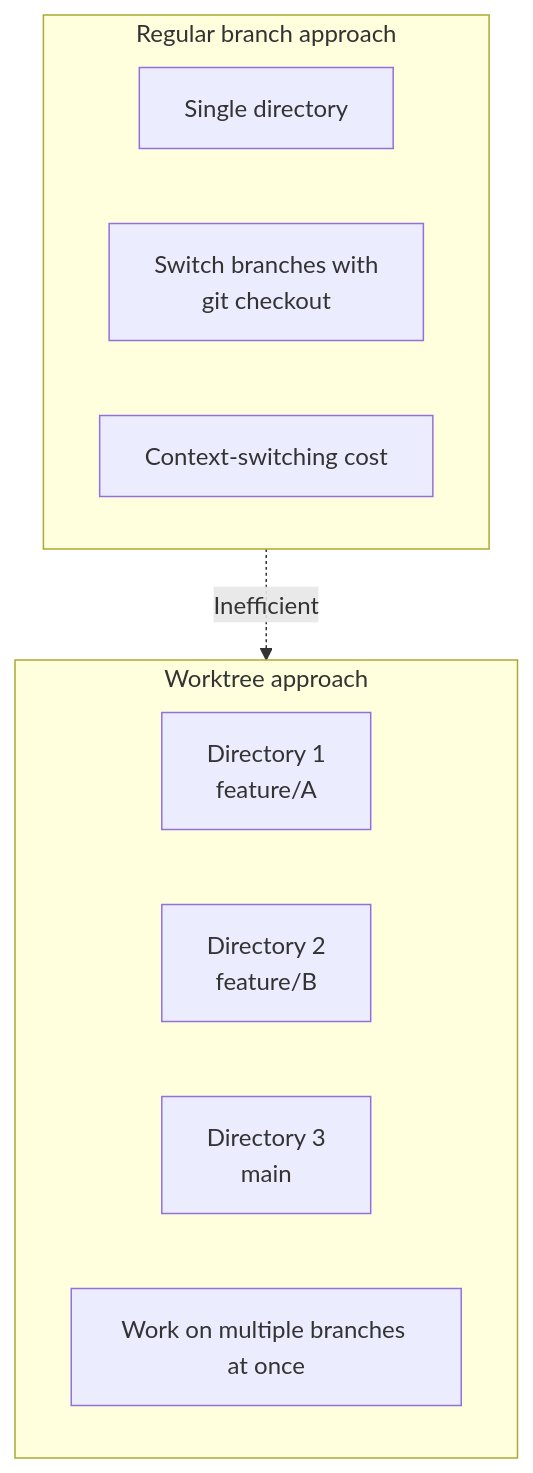
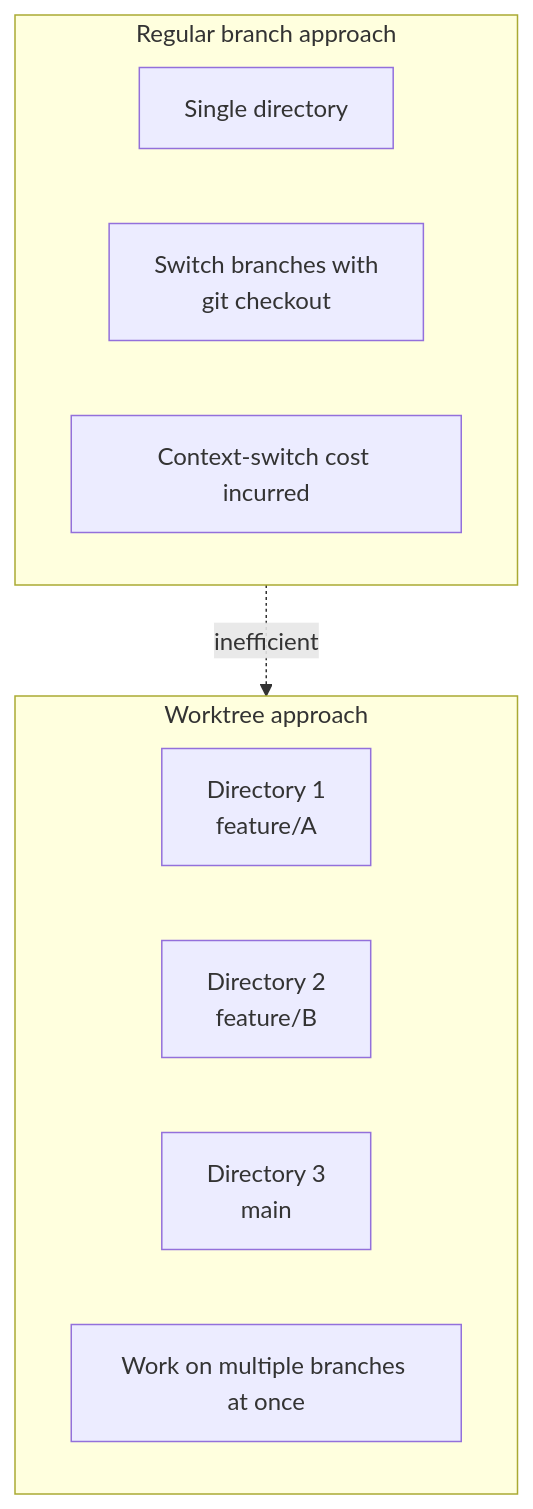
One commit to modu-ai/moai-adk changed the first of 9 diagrams in docs-site/content/en/worktree/faq.md. Above: the diagram before and after it, drawn with Mermaid. The commit also changed other lines of this file and 180 other files, not shown here.

````diff
--- a/docs-site/content/en/worktree/faq.md
+++ b/docs-site/content/en/worktree/faq.md
@@ -26,17 +25,17 @@
 ```mermaid
 graph TB
     subgraph Traditional["Regular branch approach"]
         T1[Single directory]
         T2[Switch branches with<br/>git checkout]
-        T3[Context-switching cost]
+        T3[Context-switch cost incurred]
     end
 
     subgraph Worktree["Worktree approach"]
         W1[Directory 1<br/>feature/A]
         W2[Directory 2<br/>feature/B]
         W3[Directory 3<br/>main]
         W4[Work on multiple branches at once]
     end
 
-    Traditional -.->|Inefficient| Worktree
+    Traditional -.->|inefficient| Worktree
 ```
````
